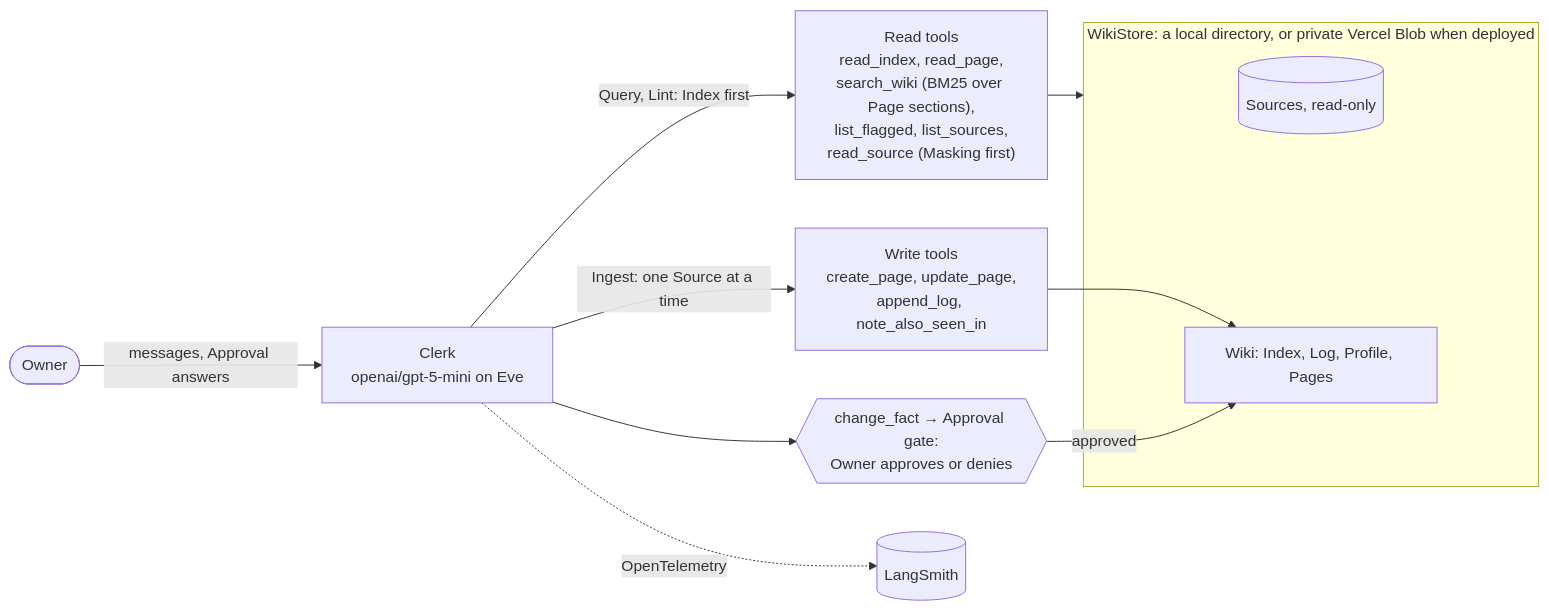
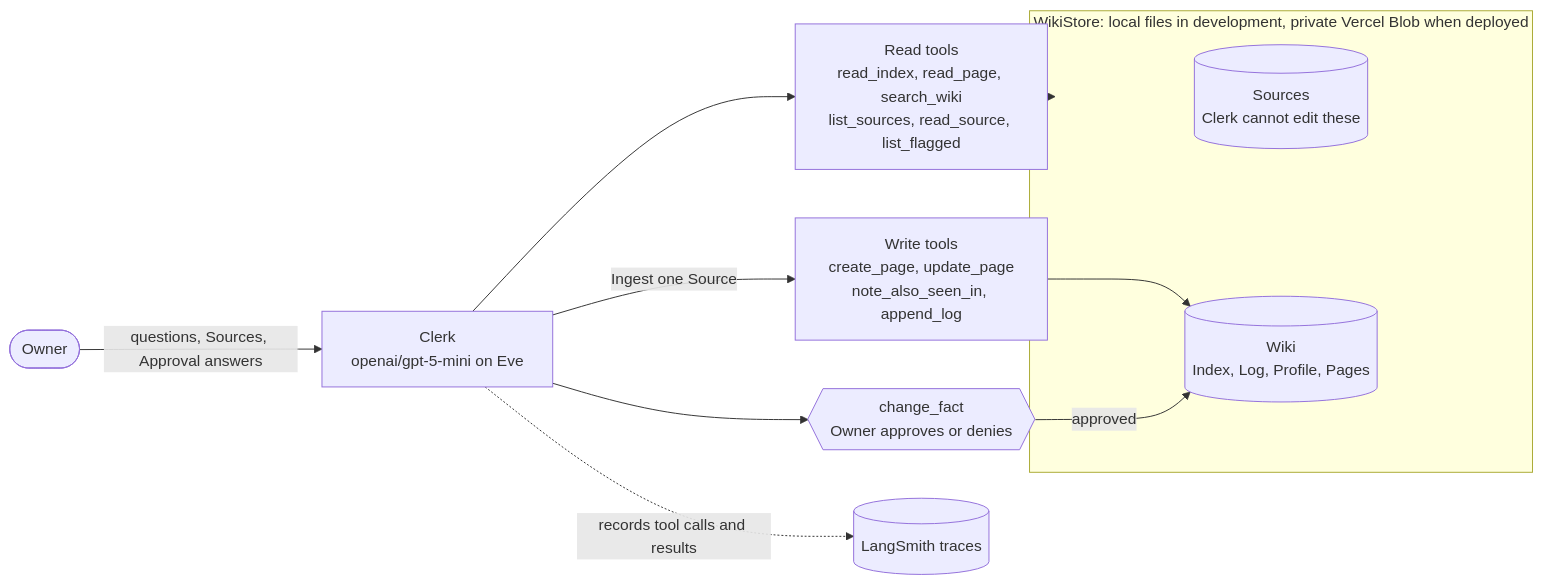
One commit to rymanacevedo/business-wiki-agent changed the diagram in README.md. Above: the diagram before and after it, drawn with Mermaid. The commit also changed other lines of this file and 5 other files, not shown here.

````diff
--- a/README.md
+++ b/README.md
@@ -69,15 +216,15 @@
 ```mermaid
 flowchart LR
-  Owner([Owner]) -->|"messages, Approval answers"| Clerk["Clerk<br/>openai/gpt-5-mini on Eve"]
-  Read["Read tools<br/>read_index, read_page,<br/>search_wiki (BM25 over Page sections),<br/>list_flagged, list_sources,<br/>read_source (Masking first)"]
-  Write["Write tools<br/>create_page, update_page,<br/>append_log, note_also_seen_in"]
-  Gate{{"change_fact → Approval gate:<br/>Owner approves or denies"}}
-  subgraph Store["WikiStore: a local directory, or private Vercel Blob when deployed"]
-    Sources[("Sources, read-only")]
-    Wiki["Wiki: Index, Log, Profile, Pages"]
+  Owner([Owner]) -->|"questions, Sources, Approval answers"| Clerk["Clerk<br/>openai/gpt-5-mini on Eve"]
+  Read["Read tools<br/>read_index, read_page, search_wiki<br/>list_sources, read_source, list_flagged"]
+  Write["Write tools<br/>create_page, update_page<br/>note_also_seen_in, append_log"]
+  Gate{{"change_fact<br/>Owner approves or denies"}}
+  subgraph Store["WikiStore: local files in development, private Vercel Blob when deployed"]
+    Sources[("Sources<br/>Clerk cannot edit these")]
+    Wiki[("Wiki<br/>Index, Log, Profile, Pages")]
   end
-  Clerk -->|"Query, Lint: Index first"| Read --> Store
-  Clerk -->|"Ingest: one Source at a time"| Write --> Wiki
+  Clerk --> Read --> Store
+  Clerk -->|"Ingest one Source"| Write --> Wiki
   Clerk --> Gate -->|"approved"| Wiki
-  Clerk -.->|"OpenTelemetry"| LangSmith[("LangSmith")]
+  Clerk -.->|"records tool calls and results"| LangSmith[("LangSmith traces")]
 ```
````
